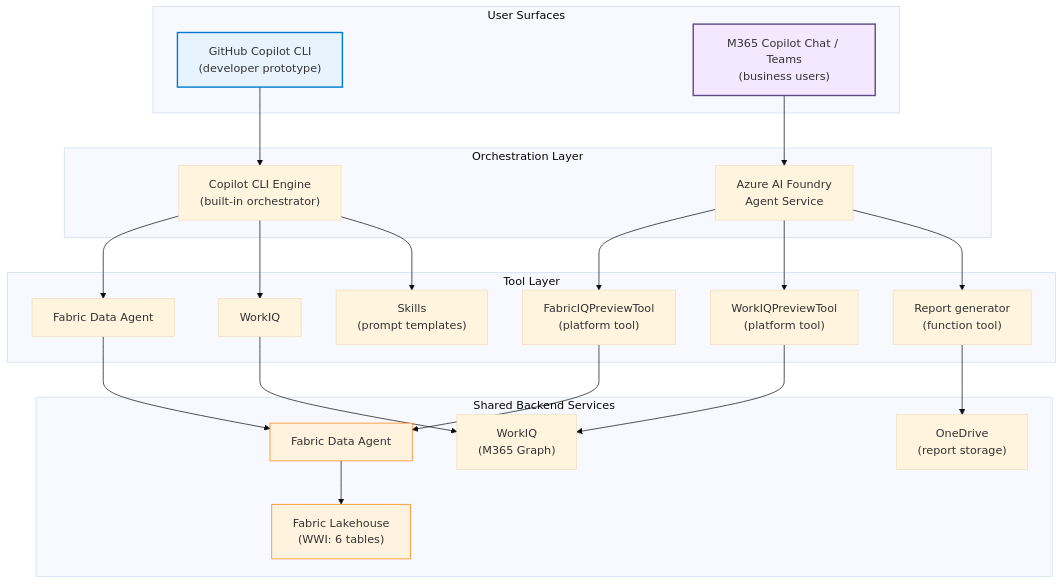
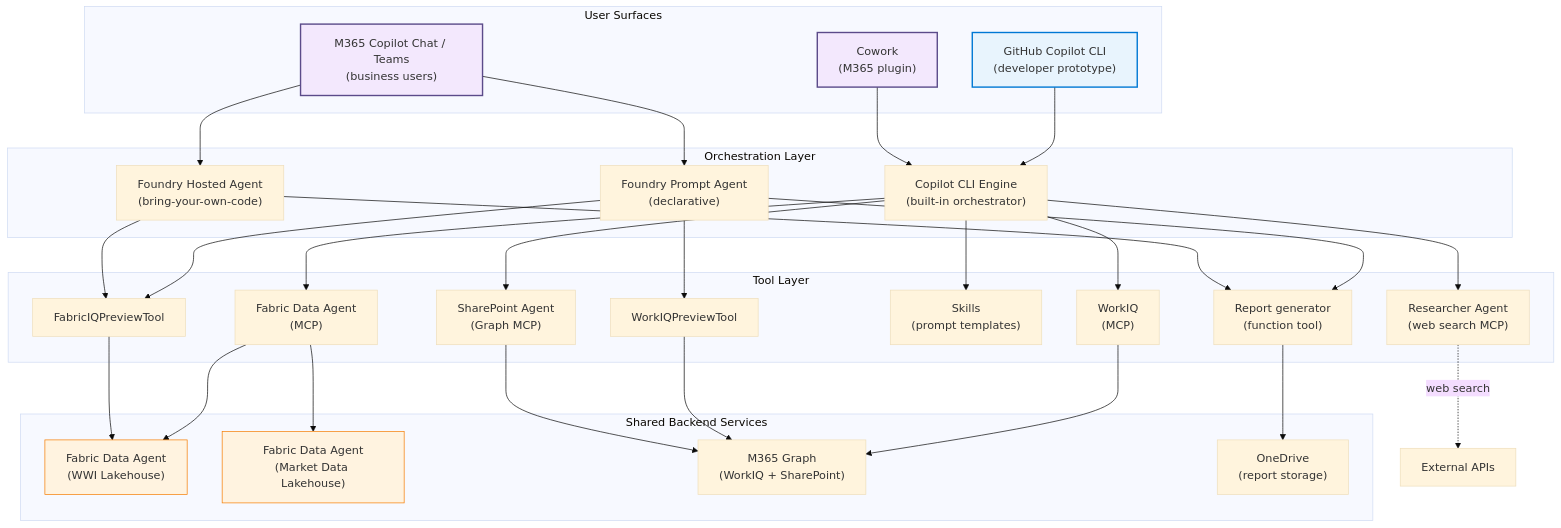
One commit to ericchansen/agent-demo-dev changed the diagram in website/docs/architecture/system-overview.md. Above: the diagram before and after it, drawn with Mermaid (base theme). The commit also changed other lines of this file and 12 other files, not shown here.

````diff
--- a/website/docs/architecture/system-overview.md
+++ b/website/docs/architecture/system-overview.md
@@ -12,53 +12,67 @@
 ```mermaid
 flowchart TB
     subgraph User["User Surfaces"]
         CLI["GitHub Copilot CLI\n(developer prototype)"]
         M365["M365 Copilot Chat / Teams\n(business users)"]
+        Cowork["Cowork\n(M365 plugin)"]
     end
 
     subgraph Orchestration["Orchestration Layer"]
         CopilotEngine["Copilot CLI Engine\n(built-in orchestrator)"]
-        FoundryAgent["Azure AI Foundry\nAgent Service"]
+        FoundryPrompt["Foundry Prompt Agent\n(declarative)"]
+        FoundryHosted["Foundry Hosted Agent\n(bring-your-own-code)"]
     end
 
     subgraph Tools["Tool Layer"]
-        MCP_FDA["Fabric Data Agent"]
-        MCP_WIQ["WorkIQ"]
+        FDA["Fabric Data Agent\n(MCP)"]
+        WIQ["WorkIQ\n(MCP)"]
+        Researcher["Researcher Agent\n(web search MCP)"]
+        SharePoint["SharePoint Agent\n(Graph MCP)"]
         Skills["Skills\n(prompt templates)"]
-        FIQ["FabricIQPreviewTool\n(platform tool)"]
-        WIQT["WorkIQPreviewTool\n(platform tool)"]
+        FIQ["FabricIQPreviewTool"]
+        WIQT["WorkIQPreviewTool"]
         ReportFunc["Report generator\n(function tool)"]
     end
 
     subgraph Backend["Shared Backend Services"]
-        DA["Fabric Data Agent"]
-        LH["Fabric Lakehouse\n(WWI: 6 tables)"]
-        WIQ["WorkIQ\n(M365 Graph)"]
+        DA_WWI["Fabric Data Agent\n(WWI Lakehouse)"]
+        DA_MKT["Fabric Data Agent\n(Market Data Lakehouse)"]
+        Graph["M365 Graph\n(WorkIQ + SharePoint)"]
         OD["OneDrive\n(report storage)"]
     end
 
     CLI --> CopilotEngine
-    M365 --> FoundryAgent
+    M365 --> FoundryPrompt
+    M365 --> FoundryHosted
+    Cowork --> CopilotEngine
 
-    CopilotEngine --> MCP_FDA
-    CopilotEngine --> MCP_WIQ
+    CopilotEngine --> FDA
+    CopilotEngine --> WIQ
+    CopilotEngine --> Researcher
+    CopilotEngine --> SharePoint
     CopilotEngine --> Skills
 
-    FoundryAgent --> FIQ
-    FoundryAgent --> WIQT
-    FoundryAgent --> ReportFunc
+    FoundryPrompt --> FIQ
+    FoundryPrompt --> WIQT
+    FoundryPrompt --> ReportFunc
 
-    MCP_FDA --> DA
-    FIQ --> DA
-    DA --> LH
+    FoundryHosted --> FIQ
+    FoundryHosted --> ReportFunc
 
-    MCP_WIQ --> WIQ
-    WIQT --> WIQ
+    FDA --> DA_WWI
+    FDA --> DA_MKT
+    FIQ --> DA_WWI
+
+    WIQ --> Graph
+    WIQT --> Graph
+    SharePoint --> Graph
+    Researcher -.->|web search| Web["External APIs"]
 
     ReportFunc --> OD
 
     style CLI fill:#e8f4fd,stroke:#0078d4,stroke-width:2px
     style M365 fill:#f3e8fd,stroke:#5B4B8A,stroke-width:2px
-    style DA fill:#fff3e0,stroke:#F57C00
-    style LH fill:#fff3e0,stroke:#F57C00
+    style Cowork fill:#f3e8fd,stroke:#5B4B8A,stroke-width:2px
+    style DA_WWI fill:#fff3e0,stroke:#F57C00
+    style DA_MKT fill:#fff3e0,stroke:#F57C00
 ```
````
